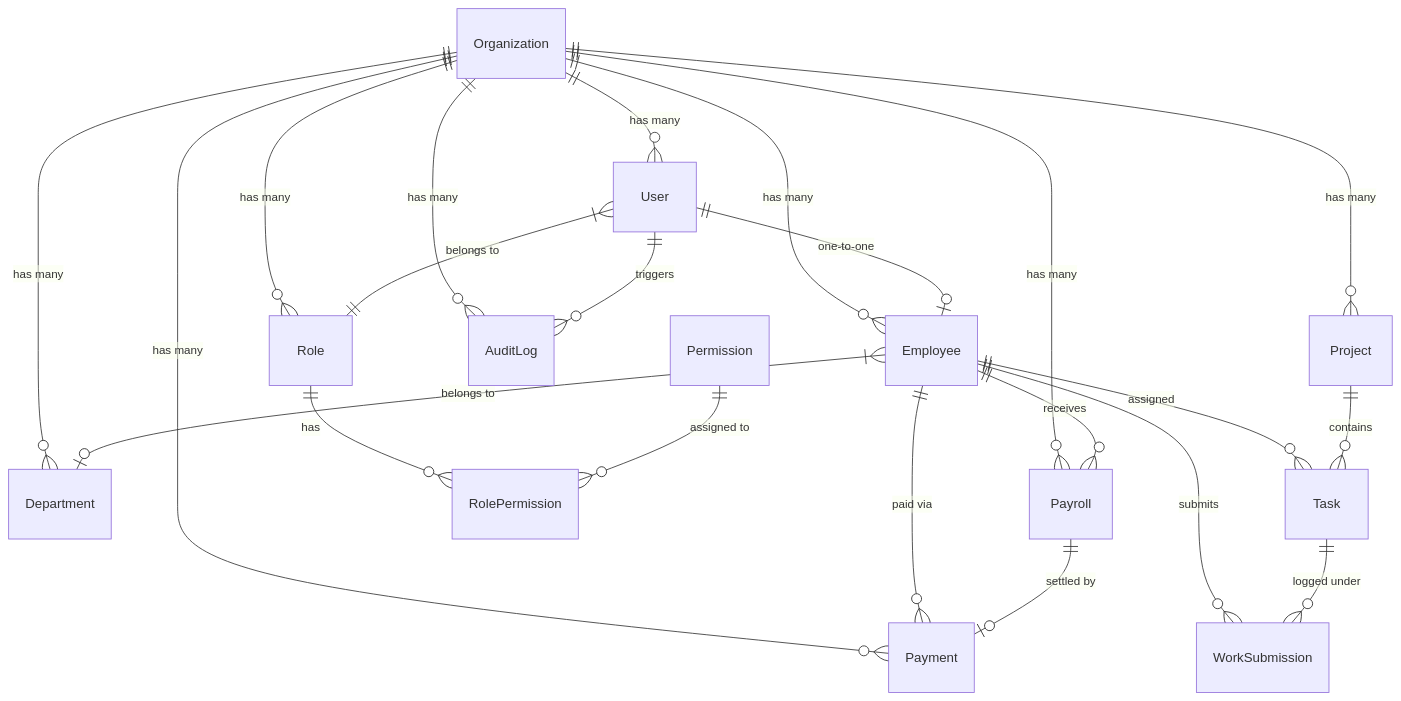
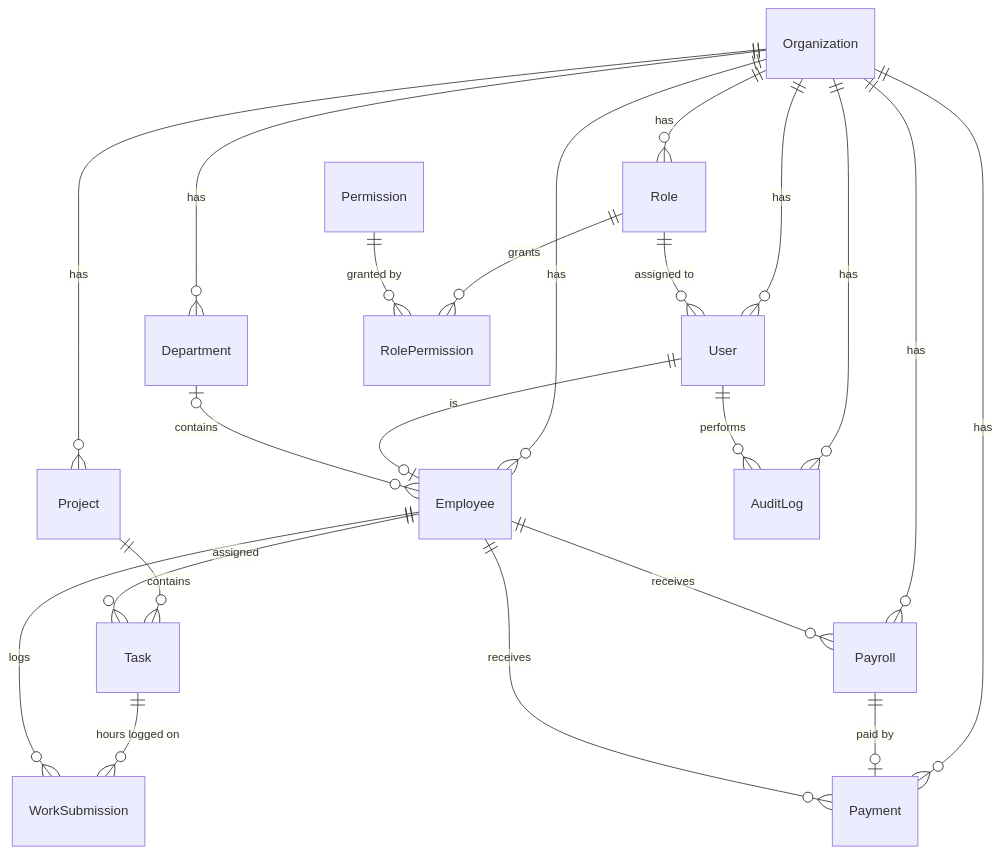
Before and after one commit to mariyamnavila/emnex-backend: the diagram in DATABASE.md, drawn with Mermaid. The commit also changed other lines of this file and 8 other files, not shown here.

````diff
--- a/DATABASE.md
+++ b/DATABASE.md
@@ -38,29 +38,28 @@
 ```mermaid
 erDiagram
-    Organization ||--o{ User : "has many"
-    Organization ||--o{ Role : "has many"
-    Organization ||--o{ Department : "has many"
-    Organization ||--o{ Employee : "has many"
-    Organization ||--o{ Project : "has many"
-    Organization ||--o{ Payroll : "has many"
-    Organization ||--o{ Payment : "has many"
-    Organization ||--o{ AuditLog : "has many"
+    Organization ||--o{ User : has
+    Organization ||--o{ Role : has
+    Organization ||--o{ Department : has
+    Organization ||--o{ Employee : has
+    Organization ||--o{ Project : has
+    Organization ||--o{ Payroll : has
+    Organization ||--o{ Payment : has
+    Organization ||--o{ AuditLog : has
 
-    User ||--o| Employee : "one-to-one"
-    User }|--|| Role : "belongs to"
-    User ||--o{ AuditLog : "triggers"
+    Role ||--o{ User : "assigned to"
+    Role ||--o{ RolePermission : grants
+    Permission ||--o{ RolePermission : "granted by"
 
-    Role ||--o{ RolePermission : "has"
-    Permission ||--o{ RolePermission : "assigned to"
+    User ||--o| Employee : "is"
+    User ||--o{ AuditLog : performs
+    Department |o--o{ Employee : contains
 
-    Employee }|--o| Department : "belongs to"
+    Project ||--o{ Task : contains
     Employee ||--o{ Task : "assigned"
-    Employee ||--o{ WorkSubmission : "submits"
-    Employee ||--o{ Payroll : "receives"
-    Employee ||--o{ Payment : "paid via"
+    Task ||--o{ WorkSubmission : "hours logged on"
+    Employee ||--o{ WorkSubmission : logs
 
-    Project ||--o{ Task : "contains"
-    Task ||--o{ WorkSubmission : "logged under"
-
-    Payroll ||--o| Payment : "settled by"
+    Employee ||--o{ Payroll : receives
+    Payroll ||--o| Payment : "paid by"
+    Employee ||--o{ Payment : receives
 ```
````
